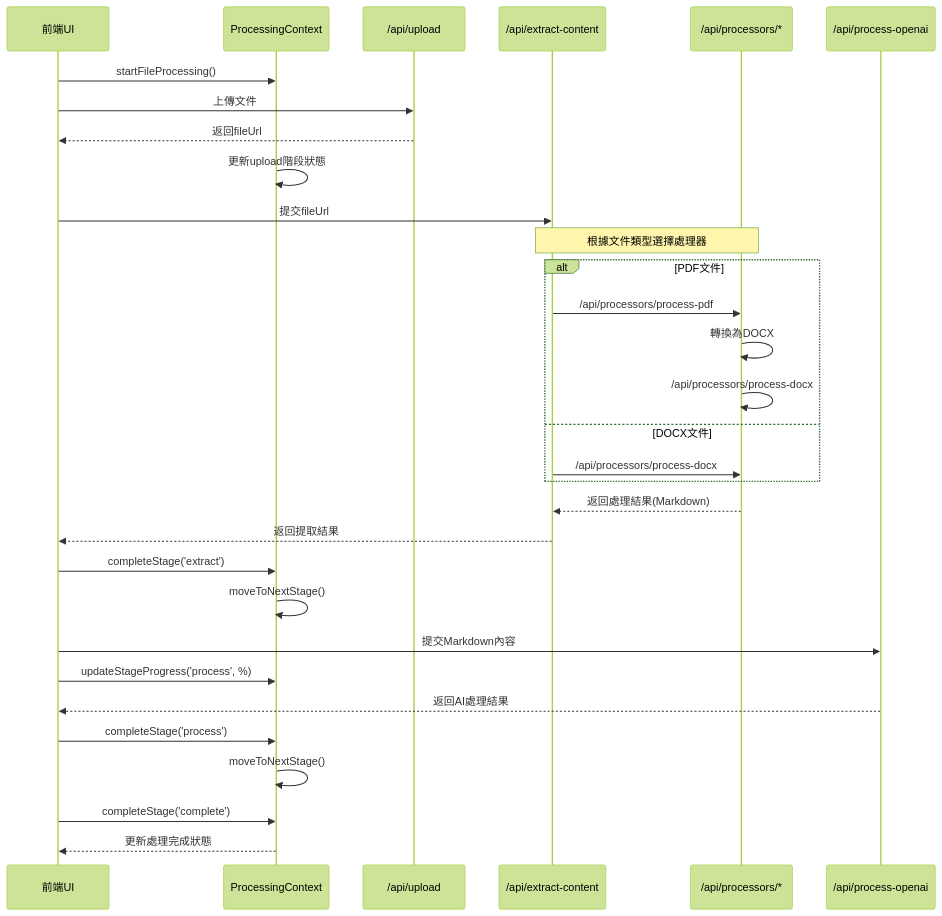
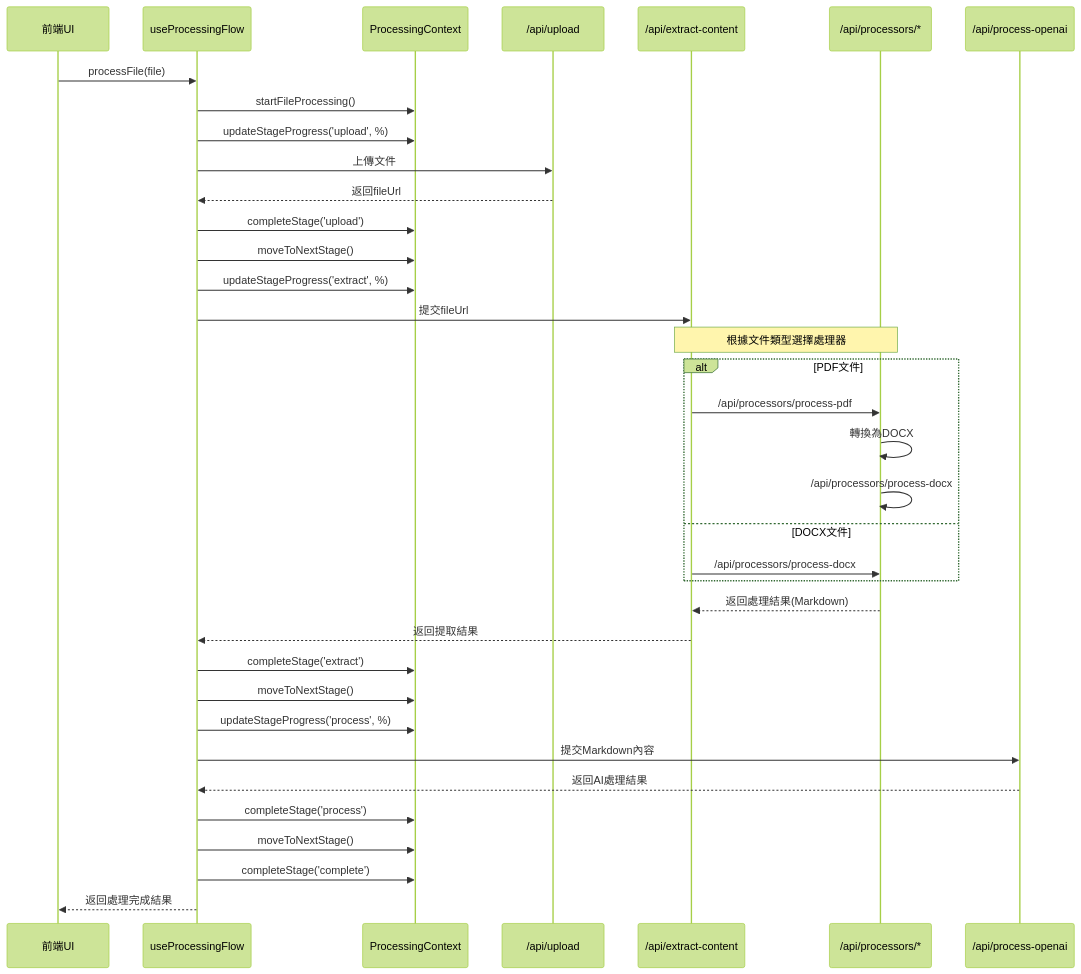
One commit to darwin7381/auto-article-tools changed the second of 4 diagrams in docs/processing-flow-analysis.md. Above: the diagram before and after it, drawn with Mermaid (forest theme). The commit also changed other lines of this file and 3 other files, not shown here.

Commit message:
restruce unitel flowhook

````diff
--- a/docs/processing-flow-analysis.md
+++ b/docs/processing-flow-analysis.md
@@ -53,37 +54,42 @@
 ```mermaid
 sequenceDiagram
     participant UI as 前端UI
+    participant PF as useProcessingFlow
     participant PC as ProcessingContext
     participant Upload as /api/upload
     participant Extract as /api/extract-content
     participant Processor as /api/processors/*
     participant OpenAI as /api/process-openai
     
-    UI->>PC: startFileProcessing()
-    UI->>Upload: 上傳文件
-    Upload-->>UI: 返回fileUrl
-    PC->>PC: 更新upload階段狀態
+    UI->>PF: processFile(file)
+    PF->>PC: startFileProcessing()
+    PF->>PC: updateStageProgress('upload', %)
+    PF->>Upload: 上傳文件
+    Upload-->>PF: 返回fileUrl
+    PF->>PC: completeStage('upload')
+    PF->>PC: moveToNextStage()
     
-    UI->>Extract: 提交fileUrl
+    PF->>PC: updateStageProgress('extract', %)
+    PF->>Extract: 提交fileUrl
     Note over Extract,Processor: 根據文件類型選擇處理器
     alt PDF文件
         Extract->>Processor: /api/processors/process-pdf
         Processor->>Processor: 轉換為DOCX
         Processor->>Processor: /api/processors/process-docx
     else DOCX文件
         Extract->>Processor: /api/processors/process-docx
     end
     Processor-->>Extract: 返回處理結果(Markdown)
-    Extract-->>UI: 返回提取結果
-    UI->>PC: completeStage('extract')
-    PC->>PC: moveToNextStage()
+    Extract-->>PF: 返回提取結果
+    PF->>PC: completeStage('extract')
+    PF->>PC: moveToNextStage()
     
-    UI->>OpenAI: 提交Markdown內容
-    UI->>PC: updateStageProgress('process', %)
-    OpenAI-->>UI: 返回AI處理結果
-    UI->>PC: completeStage('process')
-    PC->>PC: moveToNextStage()
+    PF->>PC: updateStageProgress('process', %)
+    PF->>OpenAI: 提交Markdown內容
+    OpenAI-->>PF: 返回AI處理結果
+    PF->>PC: completeStage('process')
+    PF->>PC: moveToNextStage()
     
-    UI->>PC: completeStage('complete')
-    PC-->>UI: 更新處理完成狀態
+    PF->>PC: completeStage('complete')
+    PF-->>UI: 返回處理完成結果
 ```
````
